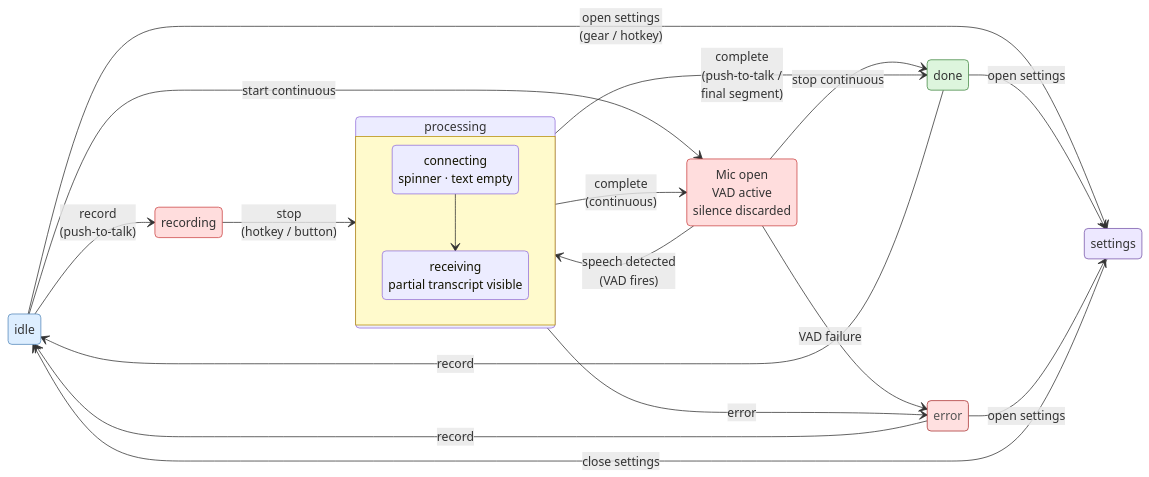
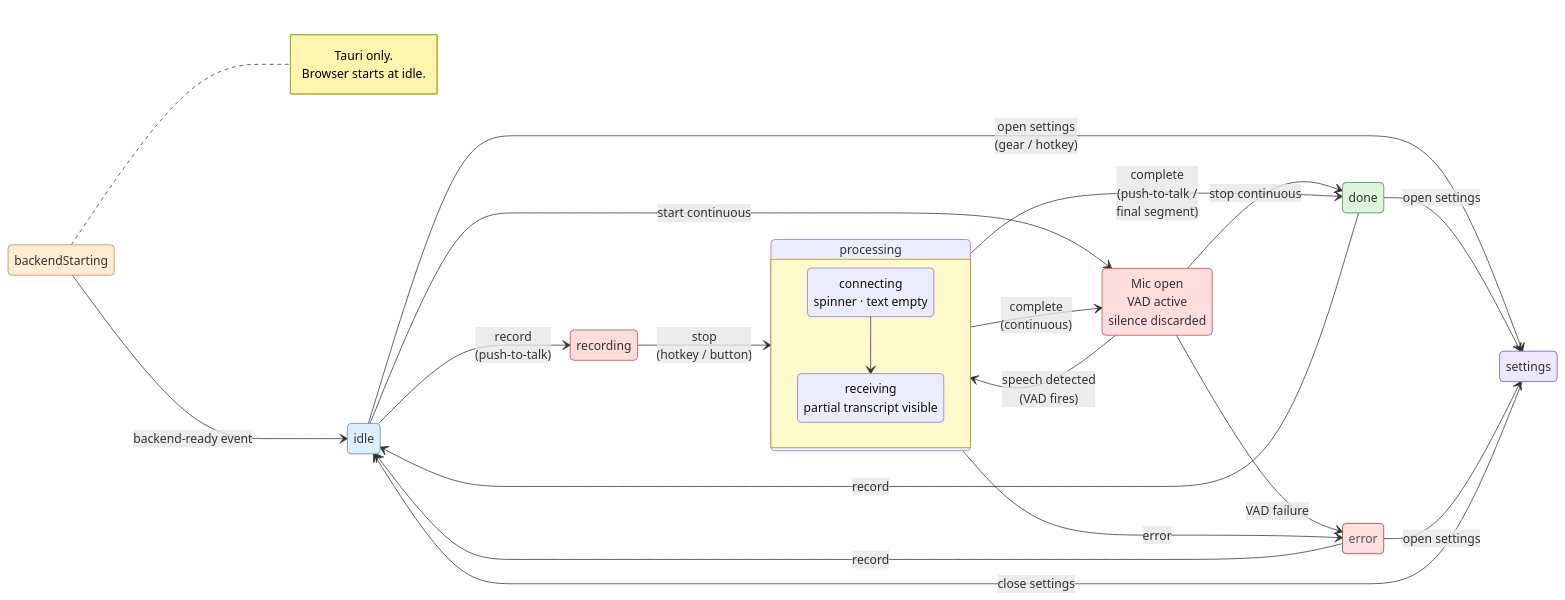
Before and after one commit to JohnYanez95/voice-scribe: the diagram in docs/diagrams/state-machine.mmd, drawn with Mermaid. The commit also changed 7 other files, not shown here.

First line of the commit message:
docs: v3.0 presentation deck, diagrams, and rendered PNGs

```diff
--- a/docs/diagrams/state-machine.mmd
+++ b/docs/diagrams/state-machine.mmd
@@ -1,46 +1,51 @@
 stateDiagram-v2
     direction LR
 
     classDef idleClass    fill:#ddeeff,stroke:#5588bb,color:#333
     classDef activeClass  fill:#ffdddd,stroke:#cc4444,color:#333
     classDef inflightClass fill:#fffacc,stroke:#b8900a,color:#333
     classDef successClass fill:#ddf5dd,stroke:#448844,color:#333
     classDef failureClass fill:#ffe0e0,stroke:#aa3333,color:#555
     classDef uiClass      fill:#ede8ff,stroke:#7755aa,color:#333
+    classDef tauriClass   fill:#ffecd2,stroke:#cc8844,color:#333
+
+    backendStarting --> idle : backend-ready event
+    note right of backendStarting : Tauri only.<br/>Browser starts at idle.
 
     idle --> recording : record<br/>(push-to-talk)
     idle --> listening : start continuous
 
     recording --> processing : stop<br/>(hotkey / button)
 
     listening : Mic open<br/>VAD active<br/>silence discarded
     listening --> processing : speech detected<br/>(VAD fires)
     listening --> done : stop continuous
     listening --> error : VAD failure
 
     state processing {
         direction TB
         connecting : connecting<br/>spinner · text empty
         receiving : receiving<br/>partial transcript visible
         connecting --> receiving
     }
 
     processing --> done : complete<br/>(push-to-talk /<br/>final segment)
     processing --> listening : complete<br/>(continuous)
     processing --> error : error
 
     done --> idle : record
     error --> idle : record
 
     idle --> settings : open settings<br/>(gear / hotkey)
     done --> settings : open settings
     error --> settings : open settings
     settings --> idle : close settings
 
     class idle idleClass
     class recording activeClass
     class listening activeClass
     class processing inflightClass
     class done successClass
     class error failureClass
+    class backendStarting tauriClass
     class settings uiClass
```
